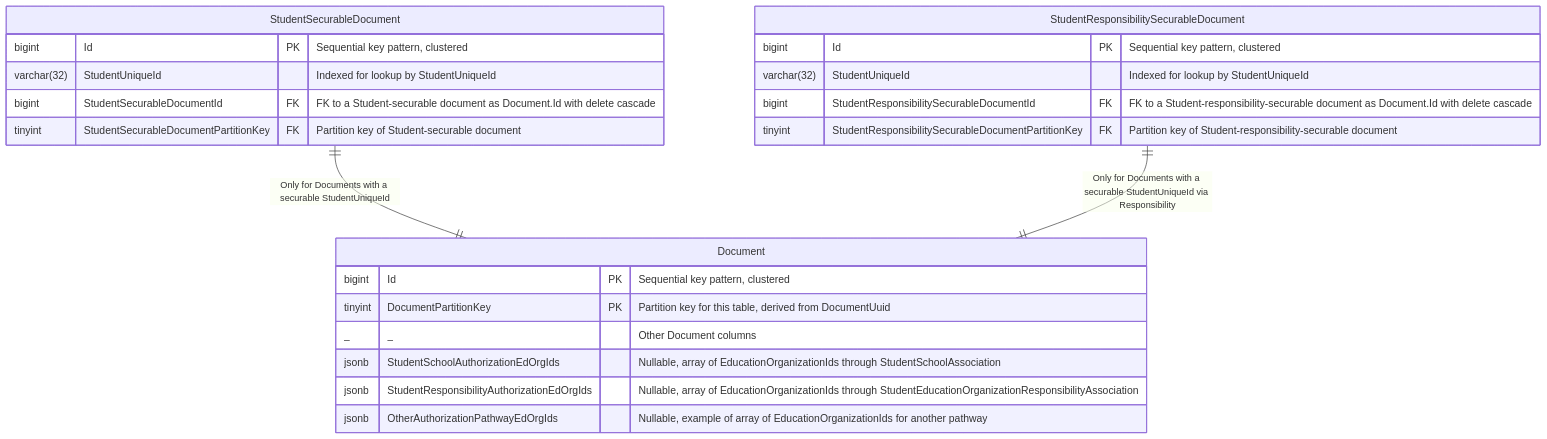
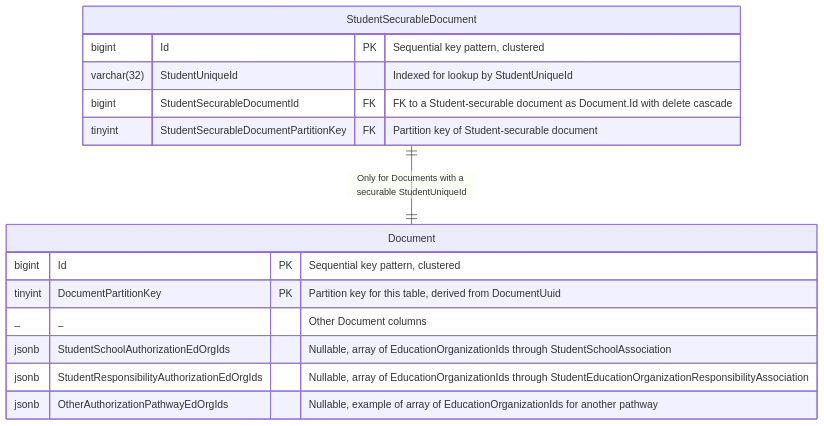
The third of 3 diagrams in docs/DMS/AUTHORIZATION/DOCUMENT-AUTHORIZATION/STUDENT-EDORG-AUTHORIZATION.md (Ed-Fi-Alliance-OSS/Project-Tanager), drawn with Mermaid before and after one commit. The commit also changed other lines of this file, not shown here.

Commit message:
Schema correction, unnecessary complication

````diff
--- a/docs/DMS/AUTHORIZATION/DOCUMENT-AUTHORIZATION/STUDENT-EDORG-AUTHORIZATION.md
+++ b/docs/DMS/AUTHORIZATION/DOCUMENT-AUTHORIZATION/STUDENT-EDORG-AUTHORIZATION.md
@@ -85,26 +83,19 @@
 ```mermaid
 erDiagram
     StudentSecurableDocument ||--|| Document : "Only for Documents with a securable StudentUniqueId"
-    StudentResponsibilitySecurableDocument ||--|| Document : "Only for Documents with a securable StudentUniqueId via Responsibility"
 
     Document {
         bigint Id PK "Sequential key pattern, clustered"
         tinyint DocumentPartitionKey PK "Partition key for this table, derived from DocumentUuid"
         _ _ "Other Document columns"
         jsonb StudentSchoolAuthorizationEdOrgIds "Nullable, array of EducationOrganizationIds through StudentSchoolAssociation"
         jsonb StudentResponsibilityAuthorizationEdOrgIds "Nullable, array of EducationOrganizationIds through StudentEducationOrganizationResponsibilityAssociation"
         jsonb OtherAuthorizationPathwayEdOrgIds "Nullable, example of array of EducationOrganizationIds for another pathway"
     }
     StudentSecurableDocument {
         bigint Id PK "Sequential key pattern, clustered"
         varchar(32) StudentUniqueId "Indexed for lookup by StudentUniqueId"
         bigint StudentSecurableDocumentId FK "FK to a Student-securable document as Document.Id with delete cascade"
         tinyint StudentSecurableDocumentPartitionKey FK "Partition key of Student-securable document"
     }
-    StudentResponsibilitySecurableDocument {
-        bigint Id PK "Sequential key pattern, clustered"
-        varchar(32) StudentUniqueId "Indexed for lookup by StudentUniqueId"
-        bigint StudentResponsibilitySecurableDocumentId FK "FK to a Student-responsibility-securable document as Document.Id with delete cascade"
-        tinyint StudentResponsibilitySecurableDocumentPartitionKey FK "Partition key of Student-responsibility-securable document"
-    }
 ```
````
